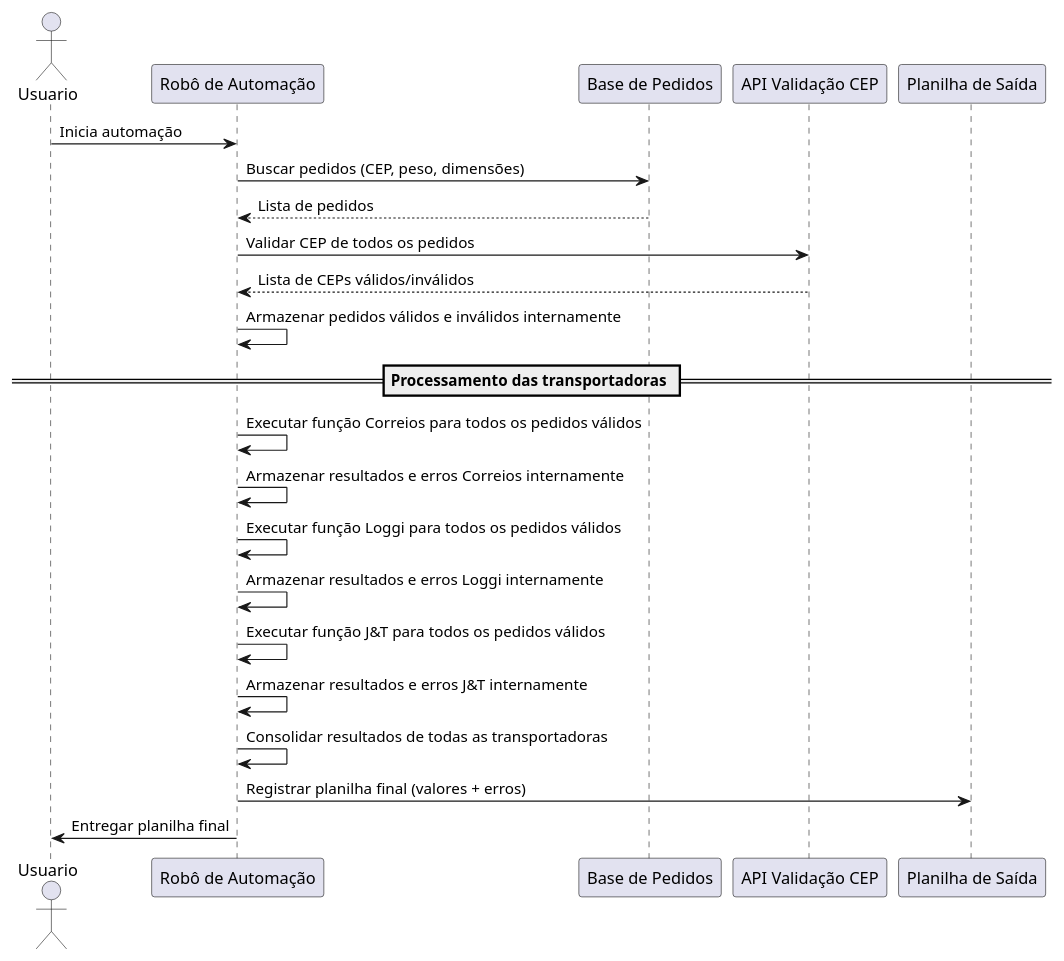
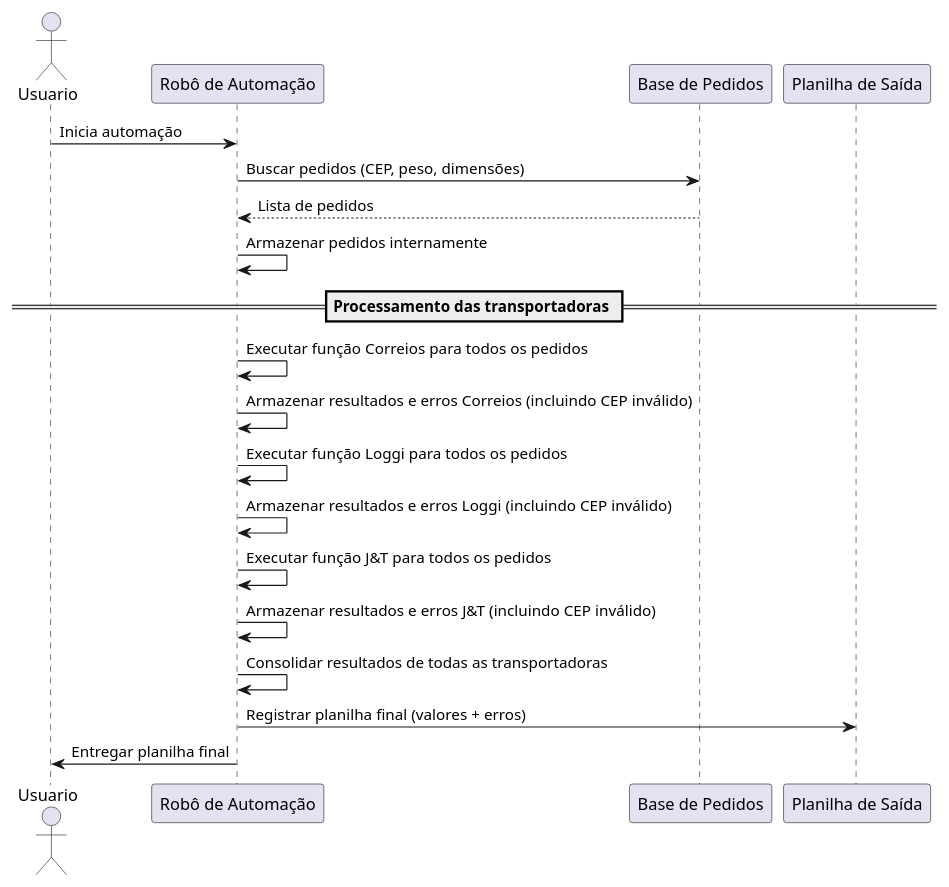
Before and after one commit to kauasales/automacao_frete_playwright: the diagram in diagramas/sequencia.wsd, drawn with PlantUML. The commit also changed 1 other file, not shown here.

```diff
--- a/diagramas/sequencia.wsd
+++ b/diagramas/sequencia.wsd
@@ -1,30 +1,26 @@
 @startuml
 actor Usuario
 participant "Robô de Automação" as Robo
 participant "Base de Pedidos" as Base
-participant "API Validação CEP" as CEP_API
 participant "Planilha de Saída" as Planilha
 
 Usuario -> Robo : Inicia automação
 Robo -> Base : Buscar pedidos (CEP, peso, dimensões)
 Base --> Robo : Lista de pedidos
 
-Robo -> CEP_API : Validar CEP de todos os pedidos
-CEP_API --> Robo : Lista de CEPs válidos/inválidos
-
-Robo -> Robo : Armazenar pedidos válidos e inválidos internamente
+Robo -> Robo : Armazenar pedidos internamente
 
 == Processamento das transportadoras ==
-Robo -> Robo : Executar função Correios para todos os pedidos válidos
-Robo -> Robo : Armazenar resultados e erros Correios internamente
+Robo -> Robo : Executar função Correios para todos os pedidos
+Robo -> Robo : Armazenar resultados e erros Correios (incluindo CEP inválido)
 
-Robo -> Robo : Executar função Loggi para todos os pedidos válidos
-Robo -> Robo : Armazenar resultados e erros Loggi internamente
+Robo -> Robo : Executar função Loggi para todos os pedidos
+Robo -> Robo : Armazenar resultados e erros Loggi (incluindo CEP inválido)
 
-Robo -> Robo : Executar função J&T para todos os pedidos válidos
-Robo -> Robo : Armazenar resultados e erros J&T internamente
+Robo -> Robo : Executar função J&T para todos os pedidos
+Robo -> Robo : Armazenar resultados e erros J&T (incluindo CEP inválido)
 
 Robo -> Robo : Consolidar resultados de todas as transportadoras
 Robo -> Planilha : Registrar planilha final (valores + erros)
 Robo -> Usuario : Entregar planilha final
 @enduml
```
